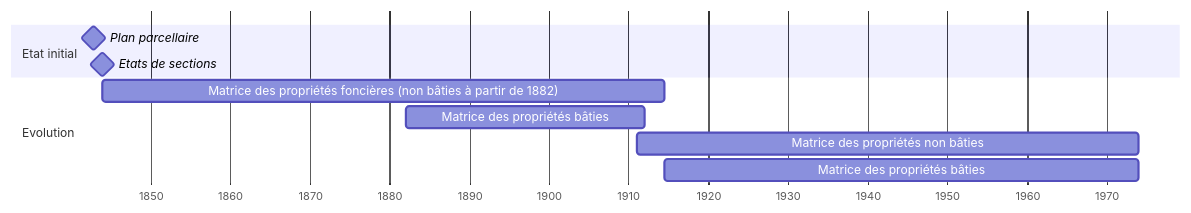
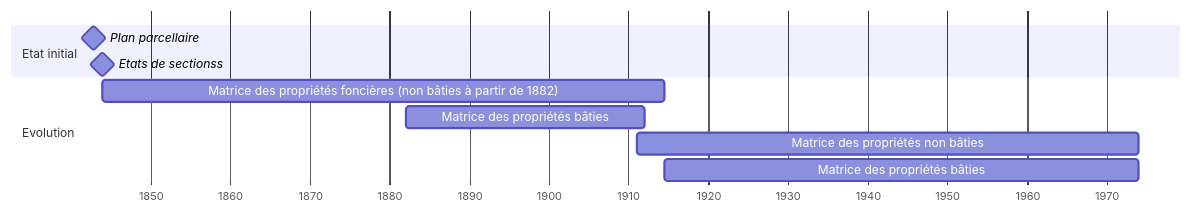
Before and after one commit to solenn-tl/cadastre-sfo: the fourth of 4 diagrams in slides/p1.qmd, drawn with Mermaid. The commit also changed other lines of this file and 289 other files, not shown here.

````diff
--- a/slides/p1.qmd
+++ b/slides/p1.qmd
@@ -307,16 +288,16 @@
 ```{mermaid}
 gantt
     dateFormat YYYY-MM-DD
     axisFormat %Y
     tickInterval 10year
 
     section Etat initial
     Plan parcellaire         :milestone, plan, 1842-11-04, 0d
-    Etats de sections          :milestone, etat, 1844-01-01, 0d
+    Etats de sectionss          :milestone, etat, 1844-01-01, 0d
 
     section Evolution
     Matrice des propriétés foncières (non bâties à partir de 1882) :mat1, 1844-01-01, 1914-06-30
     Matrice des propriétés bâties                                  :mat2, 1882-01-01, 1911-12-31
     Matrice des propriétés non bâties                              :mat3, 1911-01-01, 1973-12-31
     Matrice des propriétés bâties                                  :mat4, 1914-07-01, 1973-12-31
 ```
````
